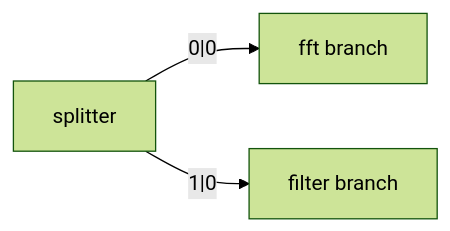
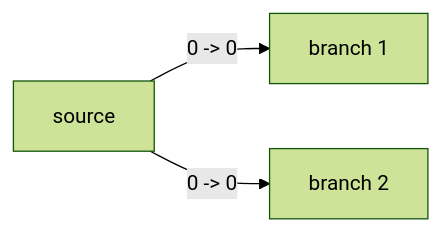
One commit to DigitalHolography/Holoflow changed the first of 2 diagrams in doc/mkdocs/docs/holoflow/concepts/graph.md. Above: the diagram before and after it, drawn with Mermaid (forest theme). The commit also changed other lines of this file and 9 other files, not shown here.

````diff
--- a/doc/mkdocs/docs/holoflow/concepts/graph.md
+++ b/doc/mkdocs/docs/holoflow/concepts/graph.md
@@ -111,9 +62,9 @@
 ```mermaid
 flowchart LR
-  A["splitter"]
-  B["fft branch"]
-  C["filter branch"]
+  A[source]
+  B[branch 1]
+  C[branch 2]
 
-  A -->|"0|0"| B
-  A -->|"1|0"| C
+  A -->|"0 -> 0"| B
+  A -->|"0 -> 0"| C
 ```
````
